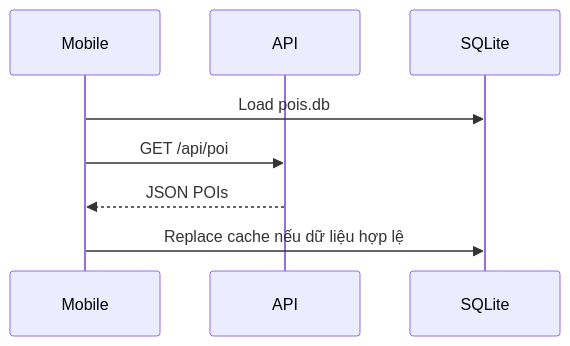
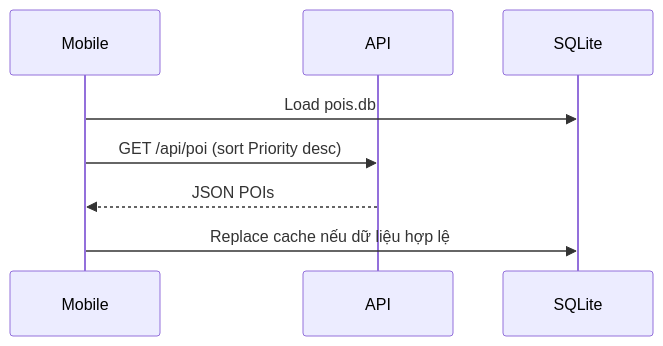
Before and after one commit to KhanhChung2k5/k_tour: the first of 44 diagrams in docs/PRODUCT_REQUIREMENTS.md, drawn with Mermaid. The commit also changed other lines of this file, not shown here.

````diff
--- a/docs/PRODUCT_REQUIREMENTS.md
+++ b/docs/PRODUCT_REQUIREMENTS.md
@@ -315,10 +336,10 @@
 ```mermaid
 sequenceDiagram
     participant App as Mobile
     participant API as API
     participant SQL as SQLite
     App->>SQL: Load pois.db
-    App->>API: GET /api/poi
+    App->>API: GET /api/poi (sort Priority desc)
     API-->>App: JSON POIs
     App->>SQL: Replace cache nếu dữ liệu hợp lệ
 ```
````
